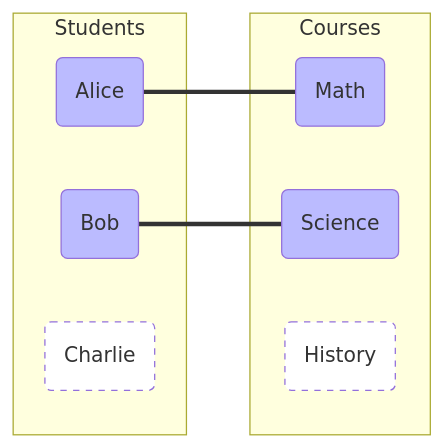
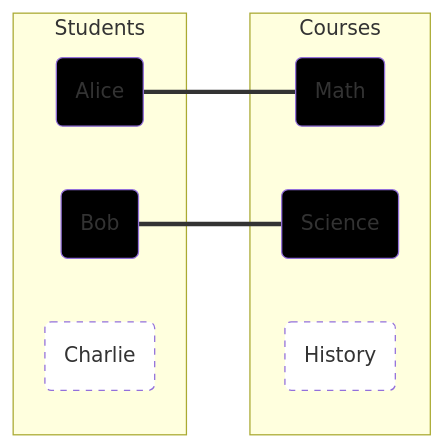
The first of 4 diagrams in DBMS/06-sql-intermediate.md (bvvivek6/PLACEMENT-REVISION), drawn with Mermaid before and after one commit. The commit also changed other lines of this file, not shown here.

````diff
--- a/DBMS/06-sql-intermediate.md
+++ b/DBMS/06-sql-intermediate.md
@@ -33,21 +33,21 @@
 ```mermaid
 graph LR
     subgraph Students
     S1(Alice)
     S2(Bob)
     S3(Charlie)
     end
     subgraph Courses
     C1(Math)
     C2(Science)
     C3(History)
     end
     S1 === C1
     S2 === C2
-    style S1 fill:#bbf
-    style S2 fill:#bbf
-    style C1 fill:#bbf
-    style C2 fill:#bbf
+    style S1 fill:#000
+    style S2 fill:#000
+    style C1 fill:#000
+    style C2 fill:#000
     style S3 fill:#fff,stroke-dasharray: 5 5
     style C3 fill:#fff,stroke-dasharray: 5 5
 ```
````
